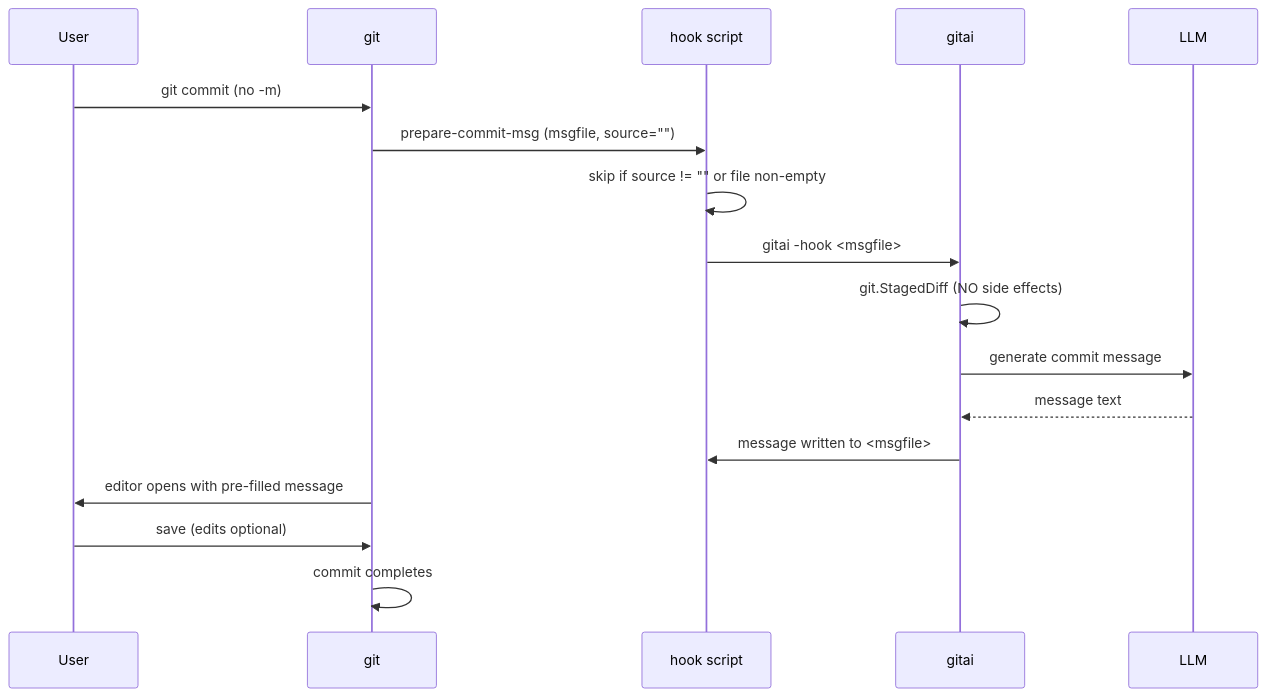
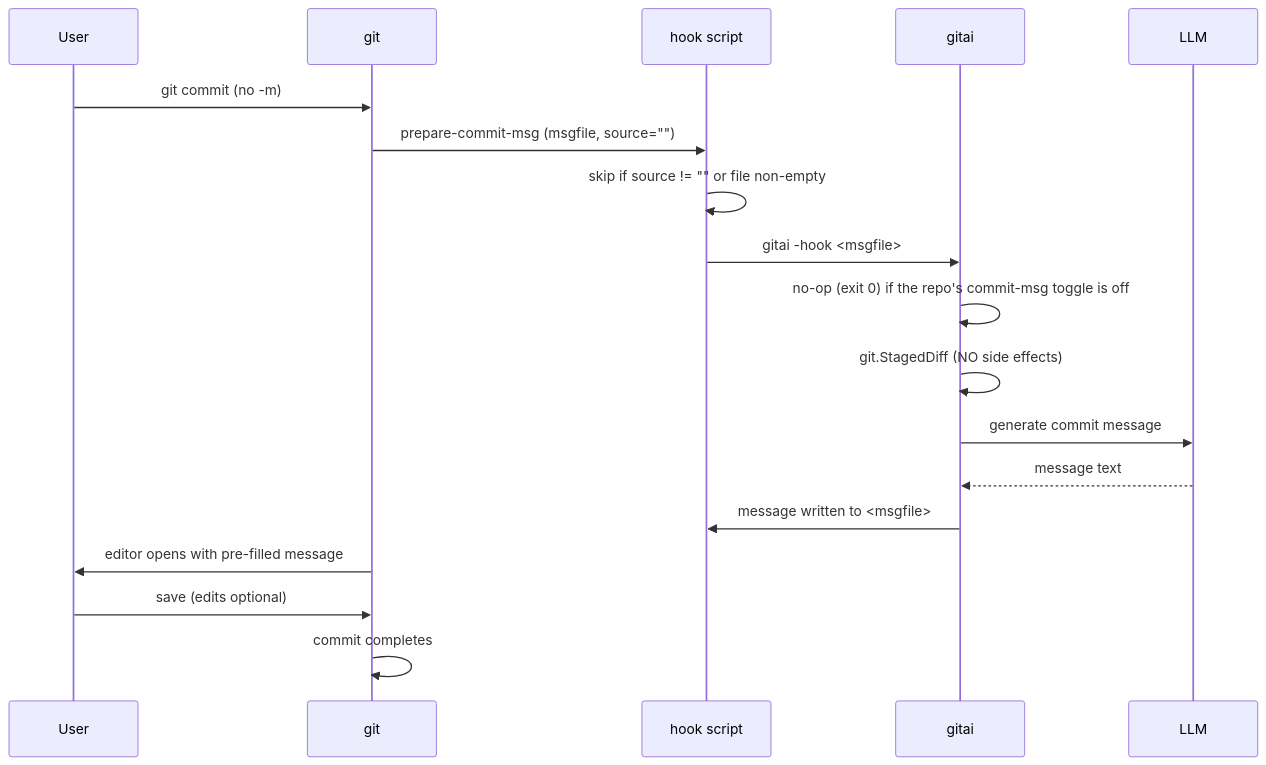
One commit to parth-nformis/gitai changed the diagram in docs/prepare-commit-msg-hook.md. Above: the diagram before and after it, drawn with Mermaid. The commit also changed other lines of this file and 10 other files, not shown here.

````diff
--- a/docs/prepare-commit-msg-hook.md
+++ b/docs/prepare-commit-msg-hook.md
@@ -29,20 +37,21 @@
 ```mermaid
 sequenceDiagram
     participant U as User
     participant G as git
     participant H as hook script
     participant A as gitai
     participant L as LLM
 
     U->>G: git commit (no -m)
     G->>H: prepare-commit-msg (msgfile, source="")
     H->>H: skip if source != "" or file non-empty
     H->>A: gitai -hook <msgfile>
+    A->>A: no-op (exit 0) if the repo's commit-msg toggle is off
     A->>A: git.StagedDiff (NO side effects)
     A->>L: generate commit message
     L-->>A: message text
     A->>H: message written to <msgfile>
     G->>U: editor opens with pre-filled message
     U->>G: save (edits optional)
     G->>G: commit completes
 ```
````
